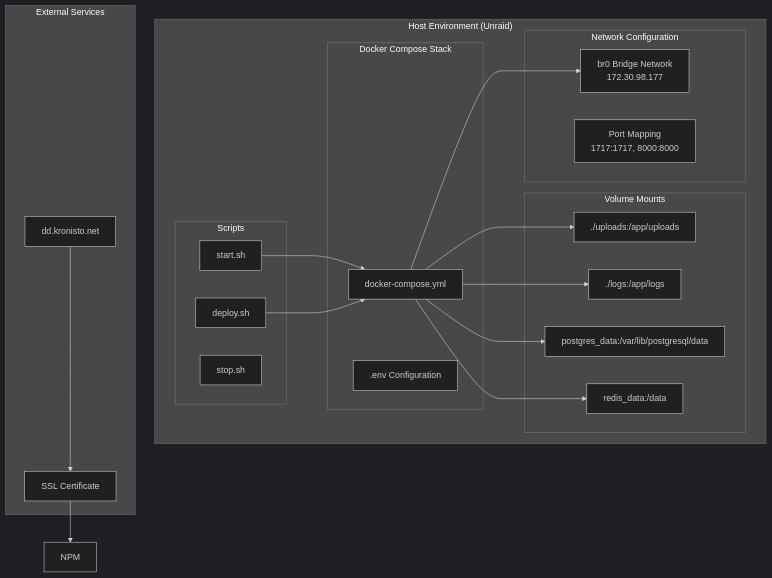
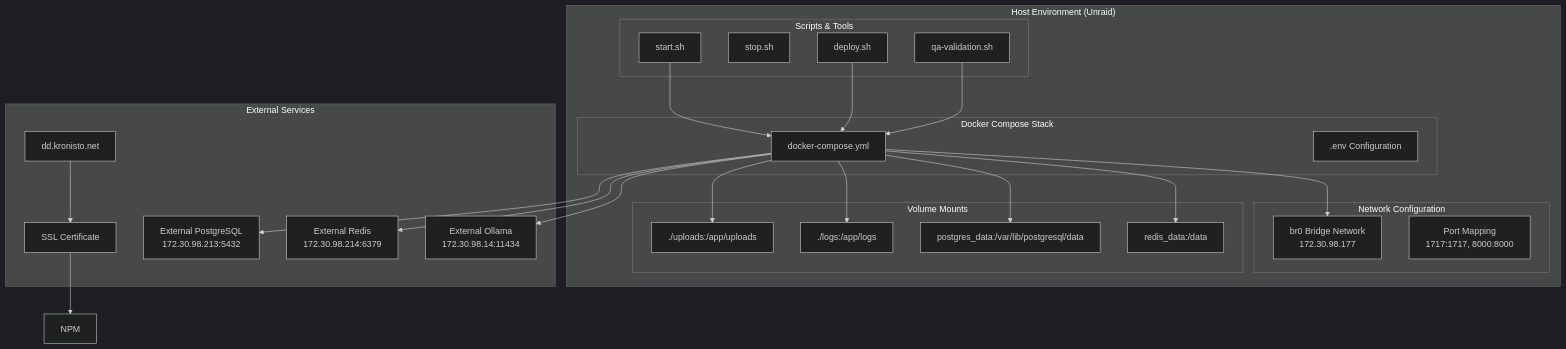
Before and after one commit to Ara-Alexandrian/DoR-Dash: the seventh of 7 diagrams in docs/architecture-diagram.md, drawn with Mermaid (dark theme). The commit also changed other lines of this file and 12 other files, not shown here.

````diff
--- a/docs/architecture-diagram.md
+++ b/docs/architecture-diagram.md
@@ -329,44 +392,53 @@
 ```mermaid
 graph TB
     subgraph "Host Environment (Unraid)"
         subgraph "Docker Compose Stack"
             DC[docker-compose.yml]
             ENV[.env Configuration]
         end
 
         subgraph "Network Configuration"
             BR0[br0 Bridge Network<br/>172.30.98.177]
             PORTS[Port Mapping<br/>1717:1717, 8000:8000]
         end
 
         subgraph "Volume Mounts"
             V1[./uploads:/app/uploads]
             V2[./logs:/app/logs]
             V3[postgres_data:/var/lib/postgresql/data]
             V4[redis_data:/data]
         end
 
-        subgraph "Scripts"
+        subgraph "Scripts & Tools"
             START[start.sh]
             STOP[stop.sh]
             DEPLOY[deploy.sh]
+            QA_SCRIPT[qa-validation.sh]
         end
     end
 
     subgraph "External Services"
         DNS[dd.kronisto.net]
         SSL_CERT[SSL Certificate]
+        POSTGRES_EXT[External PostgreSQL<br/>172.30.98.213:5432]
+        REDIS_EXT[External Redis<br/>172.30.98.214:6379]
+        OLLAMA_EXT[External Ollama<br/>172.30.98.14:11434]
     end
 
     DC --> BR0
     DC --> V1
     DC --> V2
     DC --> V3
     DC --> V4
     
     START --> DC
     DEPLOY --> DC
+    QA_SCRIPT --> DC
     
     DNS --> SSL_CERT
     SSL_CERT --> NPM
+    
+    DC --> POSTGRES_EXT
+    DC --> REDIS_EXT
+    DC --> OLLAMA_EXT
 ```
````
